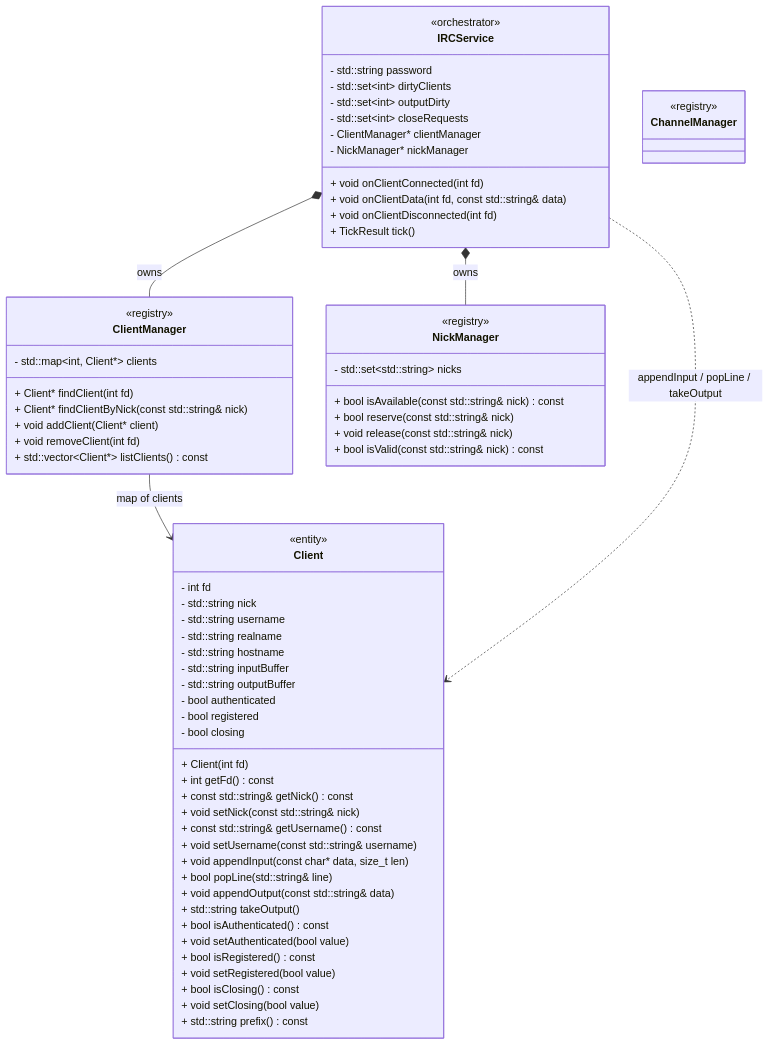
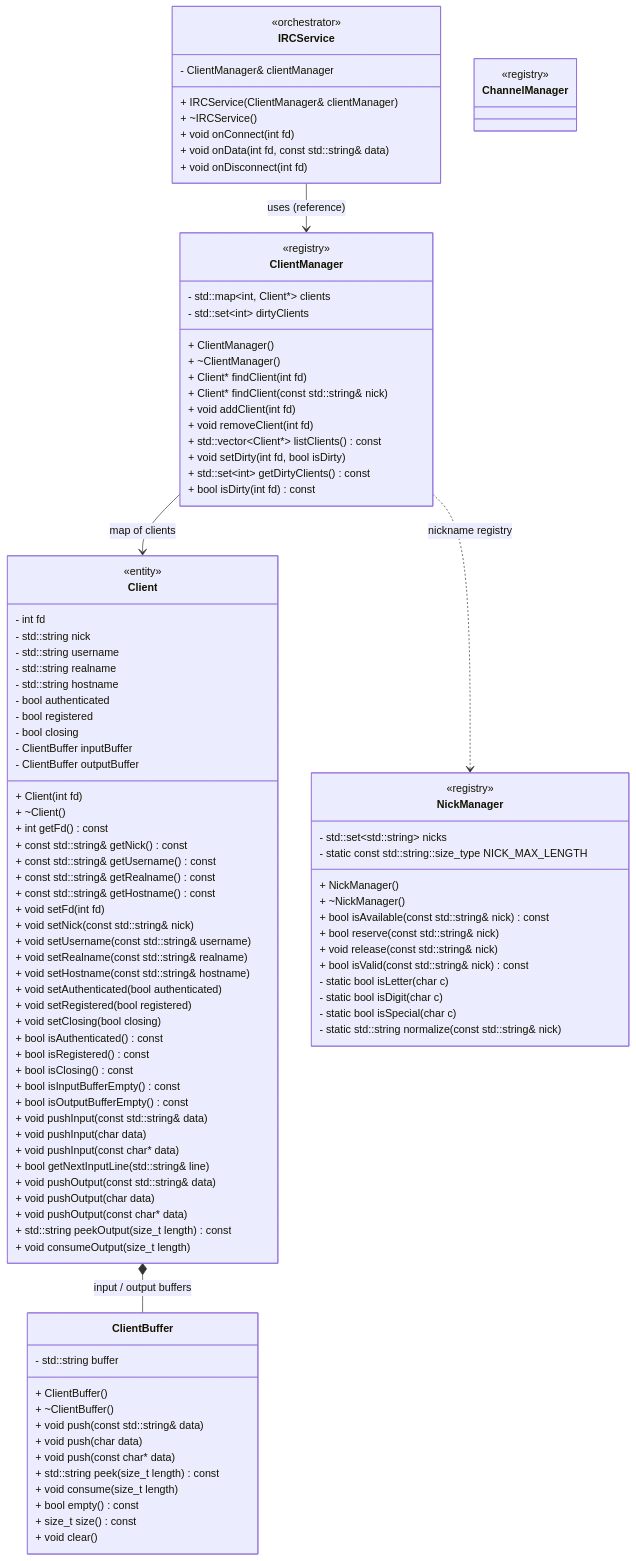
Before and after one commit to LuisGrigore/ft-irc: the diagram in docs/diagrams/class/irc_clients.mmd, drawn with Mermaid. The commit also changed 7 other files, not shown here.

```diff
--- a/docs/diagrams/class/irc_clients.mmd
+++ b/docs/diagrams/class/irc_clients.mmd
@@ -1,73 +1,108 @@
 classDiagram
     class IRCService {
         <<orchestrator>>
-        - std::string password
-        - std::set~int~ dirtyClients
-        - std::set~int~ outputDirty
-        - std::set~int~ closeRequests
-        - ClientManager* clientManager
-        - NickManager* nickManager
-        + void onClientConnected(int fd)
-        + void onClientData(int fd, const std::string& data)
-        + void onClientDisconnected(int fd)
-        + TickResult tick()
+        - ClientManager& clientManager
+        + IRCService(ClientManager& clientManager)
+        + ~IRCService()
+        + void onConnect(int fd)
+        + void onData(int fd, const std::string& data)
+        + void onDisconnect(int fd)
     }
 
     class Client {
         <<entity>>
         - int fd
         - std::string nick
         - std::string username
         - std::string realname
         - std::string hostname
-        - std::string inputBuffer
-        - std::string outputBuffer
         - bool authenticated
         - bool registered
         - bool closing
+        - ClientBuffer inputBuffer
+        - ClientBuffer outputBuffer
         + Client(int fd)
+        + ~Client()
         + int getFd() const
         + const std::string& getNick() const
+        + const std::string& getUsername() const
+        + const std::string& getRealname() const
+        + const std::string& getHostname() const
+        + void setFd(int fd)
         + void setNick(const std::string& nick)
-        + const std::string& getUsername() const
         + void setUsername(const std::string& username)
-        + void appendInput(const char* data, size_t len)
-        + bool popLine(std::string& line)
-        + void appendOutput(const std::string& data)
-        + std::string takeOutput()
+        + void setRealname(const std::string& realname)
+        + void setHostname(const std::string& hostname)
+        + void setAuthenticated(bool authenticated)
+        + void setRegistered(bool registered)
+        + void setClosing(bool closing)
         + bool isAuthenticated() const
-        + void setAuthenticated(bool value)
         + bool isRegistered() const
-        + void setRegistered(bool value)
         + bool isClosing() const
-        + void setClosing(bool value)
-        + std::string prefix() const
+        + bool isInputBufferEmpty() const
+        + bool isOutputBufferEmpty() const
+        + void pushInput(const std::string& data)
+        + void pushInput(char data)
+        + void pushInput(const char* data)
+        + bool getNextInputLine(std::string& line)
+        + void pushOutput(const std::string& data)
+        + void pushOutput(char data)
+        + void pushOutput(const char* data)
+        + std::string peekOutput(size_t length) const
+        + void consumeOutput(size_t length)
+    }
+
+    class ClientBuffer {
+        - std::string buffer
+        + ClientBuffer()
+        + ~ClientBuffer()
+        + void push(const std::string& data)
+        + void push(char data)
+        + void push(const char* data)
+        + std::string peek(size_t length) const
+        + void consume(size_t length)
+        + bool empty() const
+        + size_t size() const
+        + void clear()
     }
 
     class ClientManager {
         <<registry>>
         - std::map~int, Client*~ clients
+        - std::set~int~ dirtyClients
+        + ClientManager()
+        + ~ClientManager()
         + Client* findClient(int fd)
-        + Client* findClientByNick(const std::string& nick)
-        + void addClient(Client* client)
+        + Client* findClient(const std::string& nick)
+        + void addClient(int fd)
         + void removeClient(int fd)
         + std::vector~Client*~ listClients() const
+        + void setDirty(int fd, bool isDirty)
+        + std::set~int~ getDirtyClients() const
+        + bool isDirty(int fd) const
     }
 
     class NickManager {
         <<registry>>
         - std::set~std::string~ nicks
+        - static const std::string::size_type NICK_MAX_LENGTH
+        + NickManager()
+        + ~NickManager()
         + bool isAvailable(const std::string& nick) const
         + bool reserve(const std::string& nick)
         + void release(const std::string& nick)
         + bool isValid(const std::string& nick) const
+        - static bool isLetter(char c)
+        - static bool isDigit(char c)
+        - static bool isSpecial(char c)
+        - static std::string normalize(const std::string& nick)
     }
 
     class ChannelManager {
         <<registry>>
     }
 
-    IRCService *-- ClientManager : owns
-    IRCService *-- NickManager : owns
+    IRCService --> ClientManager : uses (reference)
     ClientManager --> Client : map of clients
-    IRCService ..> Client : appendInput / popLine / takeOutput
+    Client *-- ClientBuffer : input / output buffers
+    ClientManager ..> NickManager : nickname registry
```
